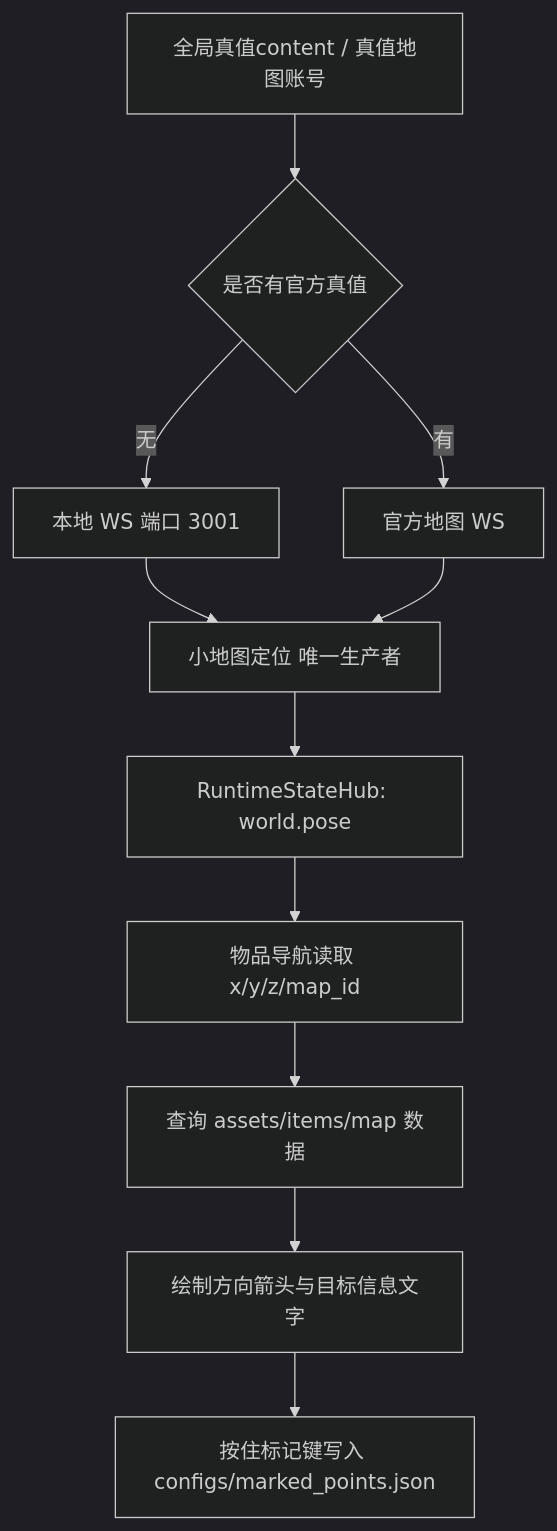
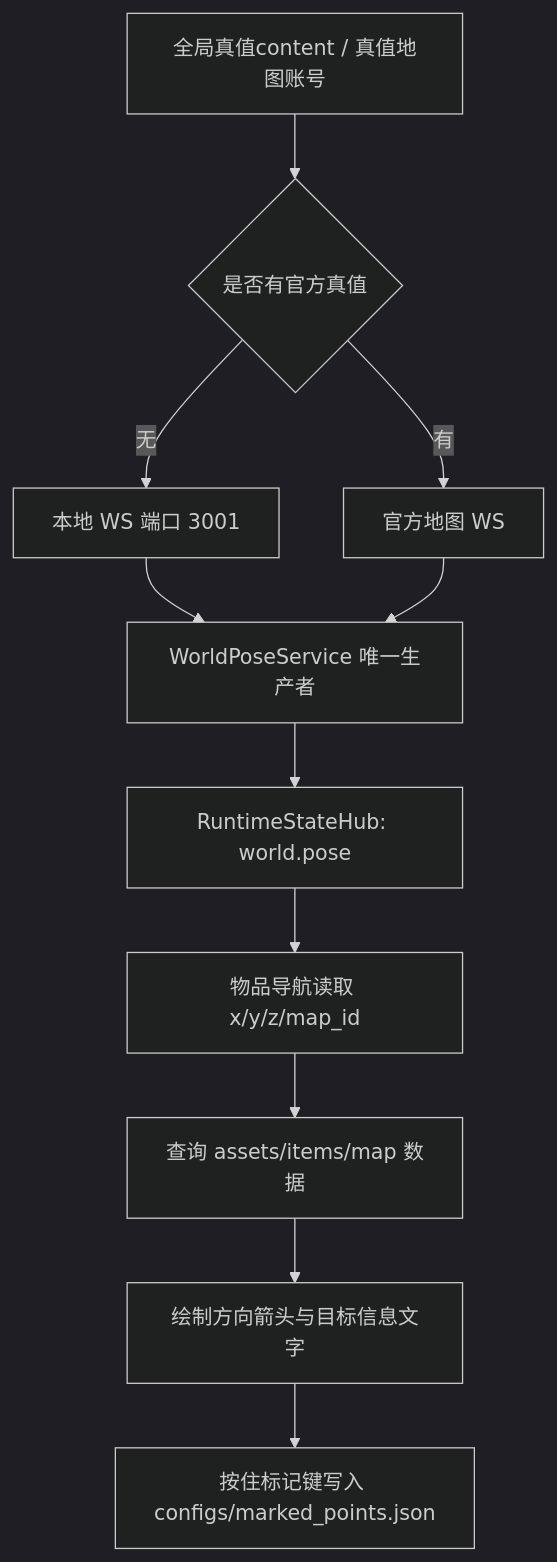
Before and after one commit to AliceJump/ok-end-field: the diagram in docs/zh-CN/物品导航与实时检测.md, drawn with Mermaid (dark theme). The commit also changed other lines of this file and 47 other files, not shown here.

Commit message:
refactor(localization): 将小地图定位改为应用级服务

````diff
--- a/docs/zh-CN/物品导航与实时检测.md
+++ b/docs/zh-CN/物品导航与实时检测.md
@@ -71,13 +71,13 @@
 ```mermaid
 flowchart TD
     A[全局真值content / 真值地图账号] --> D{是否有官方真值}
-    B[本地 WS 端口 3001] --> C[小地图定位 唯一生产者]
+    B[本地 WS 端口 3001] --> C[WorldPoseService 唯一生产者]
     D -->|有| E[官方地图 WS]
     D -->|无| B
     E --> C
     C --> F[RuntimeStateHub: world.pose]
     F --> G[物品导航读取 x/y/z/map_id]
     G --> H[查询 assets/items/map 数据]
     H --> I[绘制方向箭头与目标信息文字]
     I --> J[按住标记键写入 configs/marked_points.json]
 ```
````
